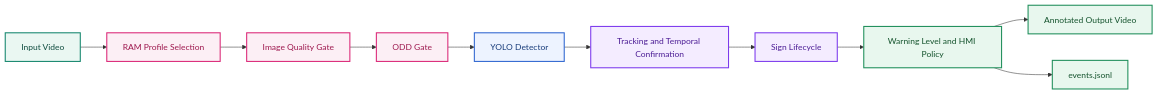
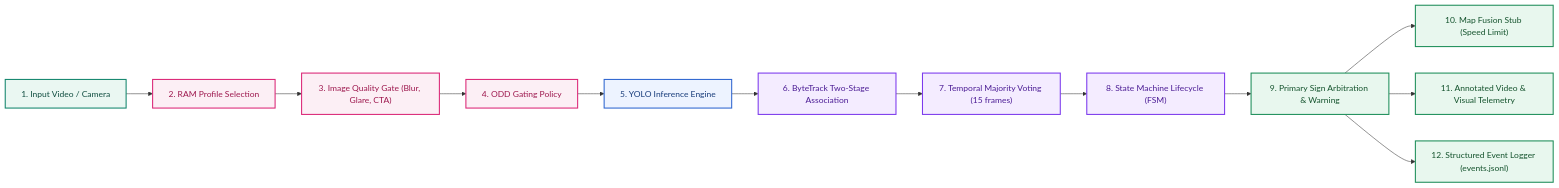
One commit to LeNguyenHaiDuong/adas-tsr changed the third of 3 diagrams in research/3.implementation/03.edge_deployment_and_benchmarks.md. Above: the diagram before and after it, drawn with Mermaid. The commit also changed other lines of this file and 13 other files, not shown here.

````diff
--- a/research/3.implementation/03.edge_deployment_and_benchmarks.md
+++ b/research/3.implementation/03.edge_deployment_and_benchmarks.md
@@ -556,24 +438,26 @@
 ```mermaid
 flowchart LR
-    A[Input Video] --> B[RAM Profile Selection]
-    B --> C[Image Quality Gate]
-    C --> D[ODD Gate]
-    D --> E[YOLO Detector]
-    E --> F[Tracking and Temporal Confirmation]
-    F --> G[Sign Lifecycle]
-    G --> H[Warning Level and HMI Policy]
-    H --> I[Annotated Output Video]
+    A["1. Input Video / Camera"] --> B["2. RAM Profile Selection"]
+    B --> C["3. Image Quality Gate (Blur, Glare, CTA)"]
+    C --> D["4. ODD Gating Policy"]
+    D --> E["5. YOLO Inference Engine"]
+    E --> F["6. ByteTrack Two-Stage Association"]
+    F --> G["7. Temporal Majority Voting (15 frames)"]
+    G --> H["8. State Machine Lifecycle (FSM)"]
+    H --> I["9. Primary Sign Arbitration & Warning"]
+    I --> J["10. Map Fusion Stub (Speed Limit)"]
+    I --> K["11. Annotated Video & Visual Telemetry"]
+    I --> L["12. Structured Event Logger (events.jsonl)"]
 
-    H --> J[events.jsonl]
+    classDef src fill:#EAF7F2,stroke:#14866D,color:#0F4C3F,stroke-width:2px;
+    classDef gate fill:#FCEFF5,stroke:#DB2777,color:#9D174D,stroke-width:2px;
+    classDef ai fill:#EDF3FF,stroke:#2F66D0,color:#173B7A,stroke-width:2px;
+    classDef mot fill:#F4ECFF,stroke:#7C3AED,color:#4C1D95,stroke-width:2px;
+    classDef out fill:#E8F7EE,stroke:#1E8E5A,color:#14532D,stroke-width:2px;
 
-    classDef source fill:#EAF7F2,stroke:#14866D,color:#0F4C3F,stroke-width:2px;
-    classDef support fill:#FCEFF5,stroke:#DB2777,color:#9D174D,stroke-width:2px;
-    classDef feature fill:#EDF3FF,stroke:#2F66D0,color:#173B7A,stroke-width:2px;
-    classDef temporal fill:#F4ECFF,stroke:#7C3AED,color:#4C1D95,stroke-width:2px;
-    classDef integration fill:#E8F7EE,stroke:#1E8E5A,color:#14532D,stroke-width:2px;
-    class A source;
-    class B,C,D support;
-    class E feature;
-    class F,G temporal;
-    class H,I,J integration;
+    class A src;
+    class B,C,D gate;
+    class E ai;
+    class F,G,H mot;
+    class I,J,K,L out;
 ```
````
